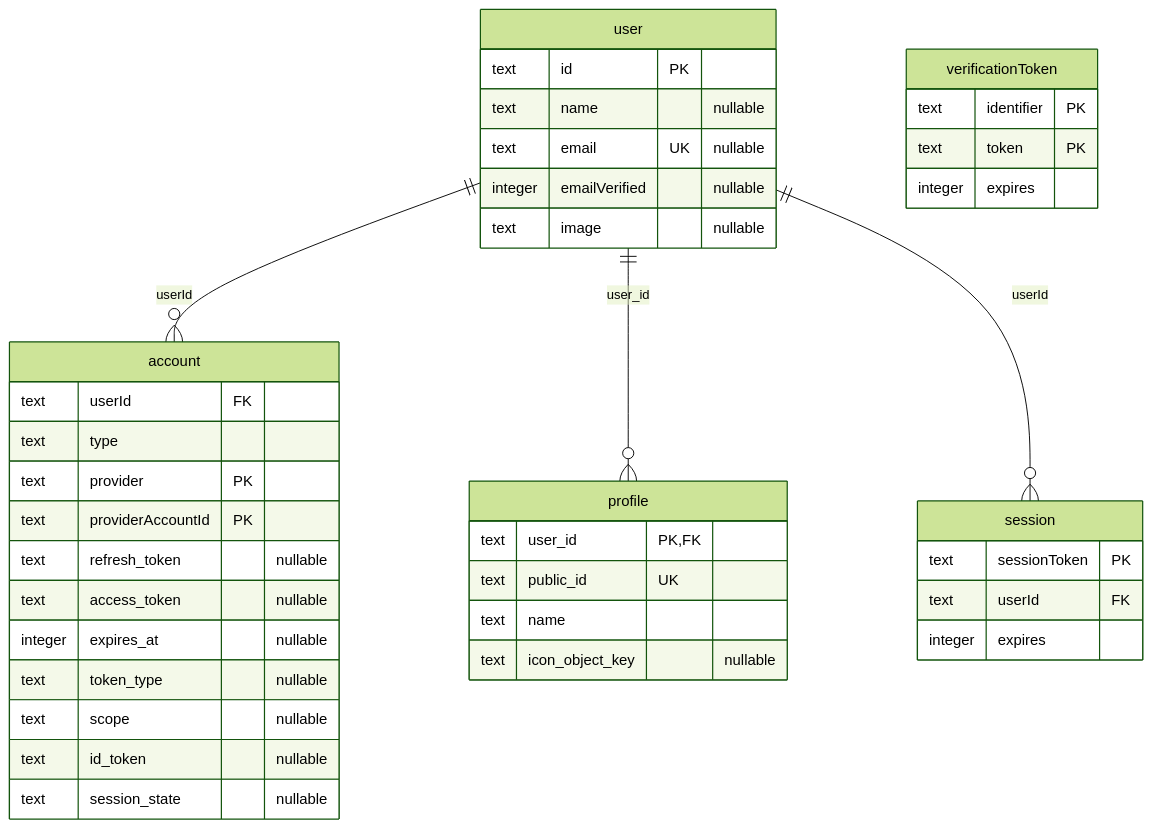
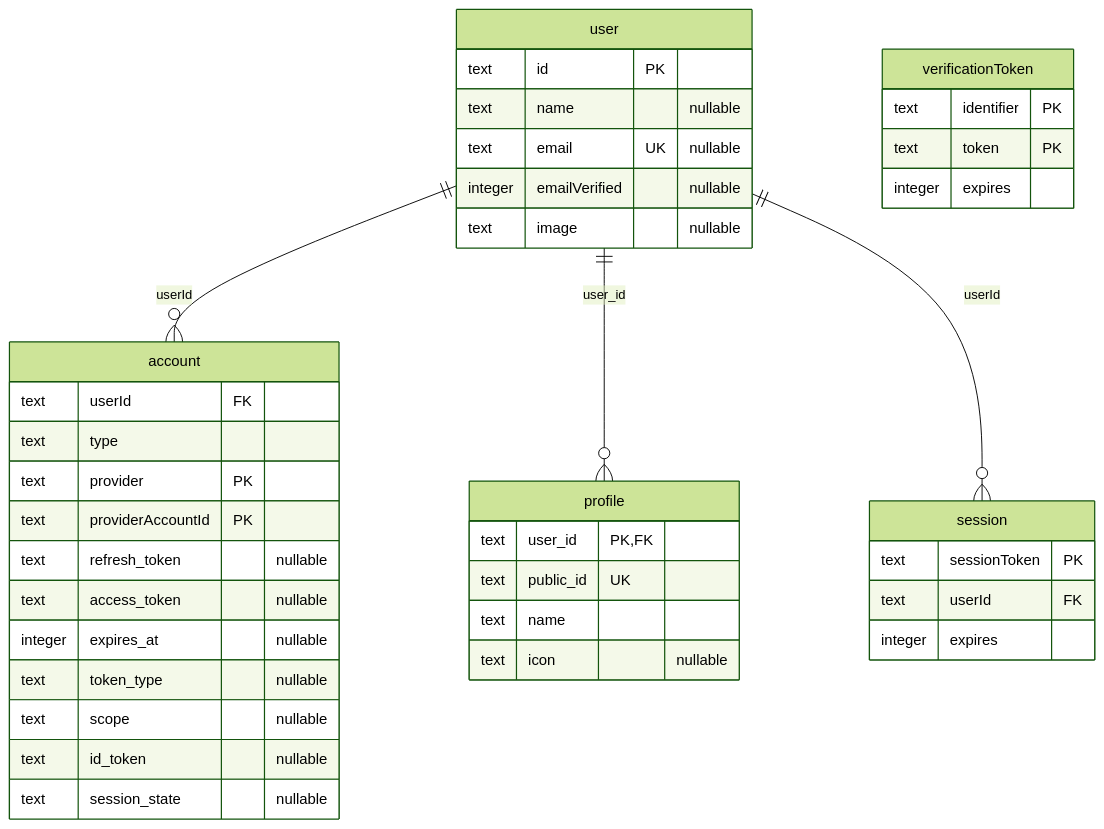
The diagram in docs/er.md (nito-008/oheya), drawn with Mermaid (forest theme) before and after one commit. The commit also changed 19 other files, not shown here.

````diff
--- a/docs/er.md
+++ b/docs/er.md
@@ -6,42 +6,42 @@
 ```mermaid
 erDiagram
   account {
     text userId FK
     text type
     text provider PK
     text providerAccountId PK
     text refresh_token "nullable"
     text access_token "nullable"
     integer expires_at "nullable"
     text token_type "nullable"
     text scope "nullable"
     text id_token "nullable"
     text session_state "nullable"
   }
   profile {
     text user_id PK,FK
     text public_id UK
     text name
-    text icon_object_key "nullable"
+    text icon "nullable"
   }
   session {
     text sessionToken PK
     text userId FK
     integer expires
   }
   user {
     text id PK
     text name "nullable"
     text email UK "nullable"
     integer emailVerified "nullable"
     text image "nullable"
   }
   verificationToken {
     text identifier PK
     text token PK
     integer expires
   }
   user ||--o{ account : "userId"
   user ||--o{ profile : "user_id"
   user ||--o{ session : "userId"
 ```
````
